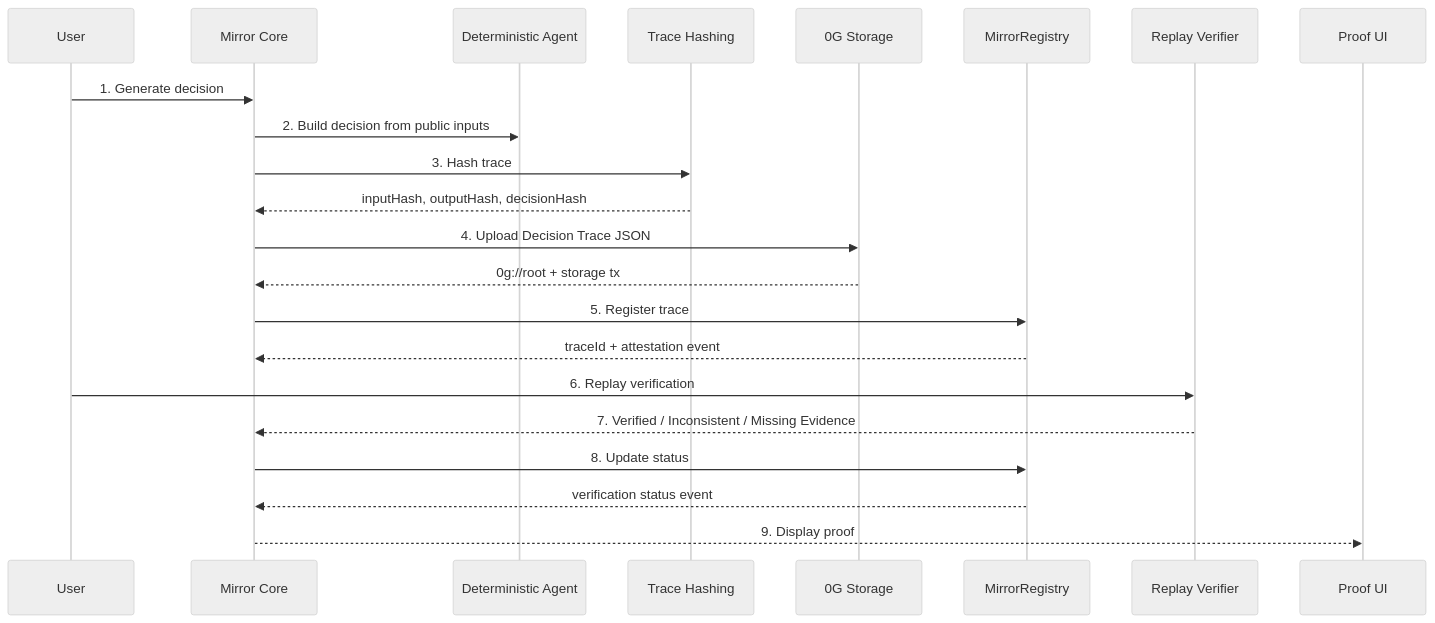
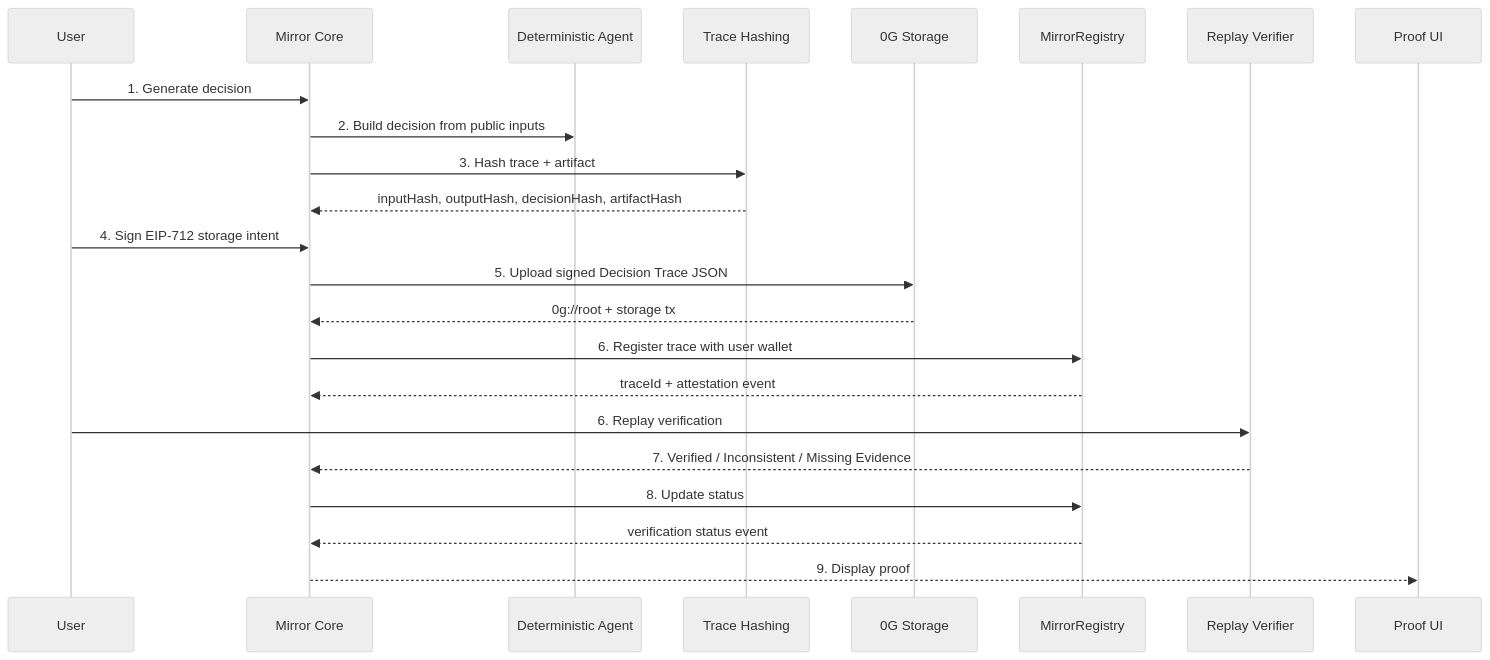
One commit to karagozemin/0g-Mirror changed the second of 2 diagrams in docs/ARCHITECTURE.md. Above: the diagram before and after it, drawn with Mermaid (neutral theme). The commit also changed other lines of this file and 10 other files, not shown here.

First line of the commit message:
refactor: update storage upload flow to enhance wallet authorization and user experience

````diff
--- a/docs/ARCHITECTURE.md
+++ b/docs/ARCHITECTURE.md
@@ -69,25 +69,26 @@
 ```mermaid
 sequenceDiagram
   participant User
   participant Mirror as Mirror Core
   participant Agent as Deterministic Agent
   participant Hash as Trace Hashing
   participant Storage as 0G Storage
   participant Chain as MirrorRegistry
   participant Verify as Replay Verifier
   participant UI as Proof UI
 
   User->>Mirror: 1. Generate decision
   Mirror->>Agent: 2. Build decision from public inputs
-  Mirror->>Hash: 3. Hash trace
-  Hash-->>Mirror: inputHash, outputHash, decisionHash
-  Mirror->>Storage: 4. Upload Decision Trace JSON
+  Mirror->>Hash: 3. Hash trace + artifact
+  Hash-->>Mirror: inputHash, outputHash, decisionHash, artifactHash
+  User->>Mirror: 4. Sign EIP-712 storage intent
+  Mirror->>Storage: 5. Upload signed Decision Trace JSON
   Storage-->>Mirror: 0g://root + storage tx
-  Mirror->>Chain: 5. Register trace
+  Mirror->>Chain: 6. Register trace with user wallet
   Chain-->>Mirror: traceId + attestation event
   User->>Verify: 6. Replay verification
   Verify-->>Mirror: 7. Verified / Inconsistent / Missing Evidence
   Mirror->>Chain: 8. Update status
   Chain-->>Mirror: verification status event
   Mirror-->>UI: 9. Display proof
 ```
````
